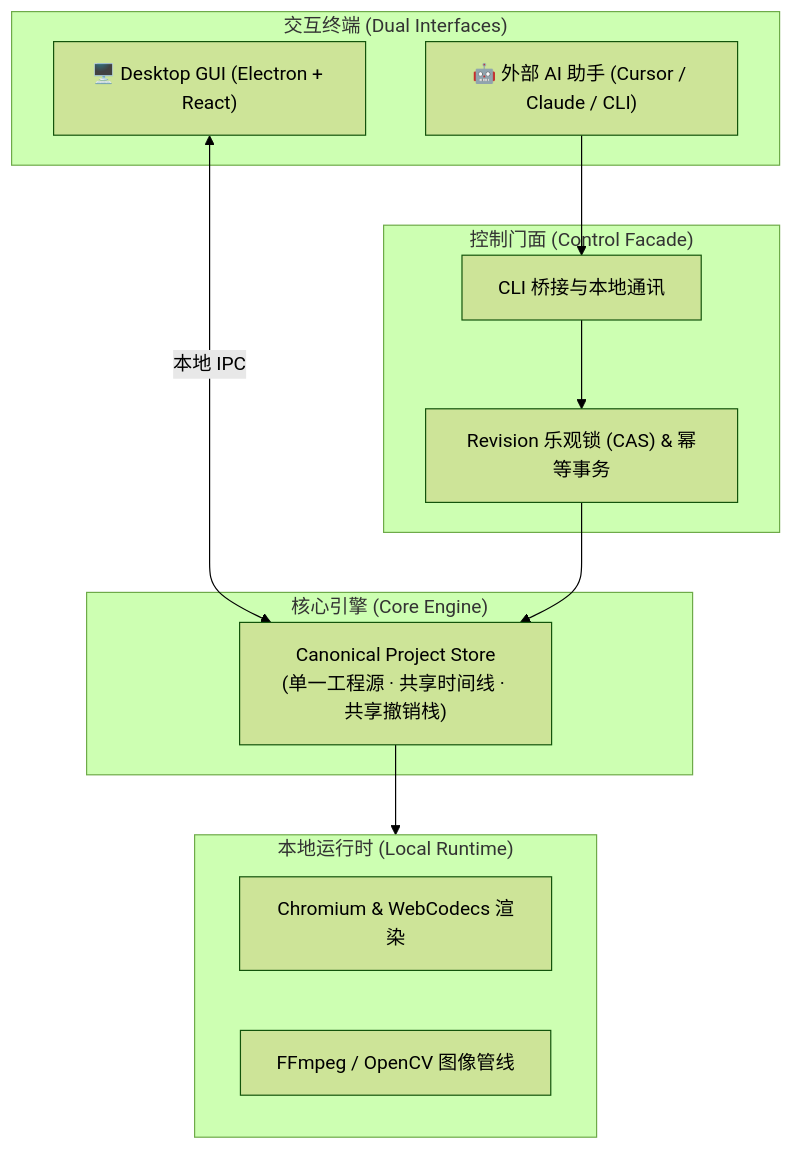
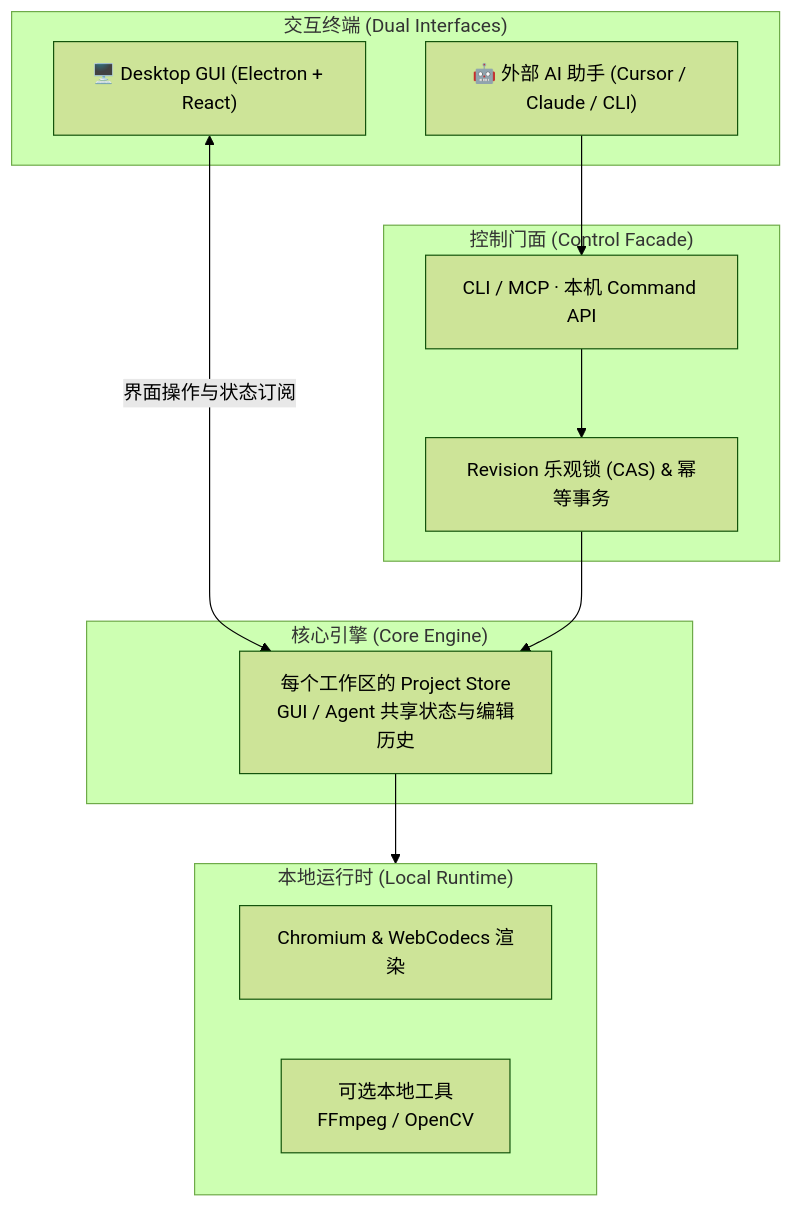
Before and after one commit to yuchen-ya/reelterminal: the second of 2 diagrams in README.md, drawn with Mermaid (forest theme). The commit also changed other lines of this file and 1 other file, not shown here.

````diff
--- a/README.md
+++ b/README.md
@@ -94,25 +101,25 @@
 ```mermaid
 flowchart TD
     subgraph Clients [" 交互终端 (Dual Interfaces) "]
         GUI["🖥️ Desktop GUI (Electron + React)"]
         Agent["🤖 外部 AI 助手 (Cursor / Claude / CLI)"]
     end
 
     subgraph Facade [" 控制门面 (Control Facade) "]
-        Bridge["CLI 桥接与本地通讯"]
+        Bridge["CLI / MCP · 本机 Command API"]
         Guard["Revision 乐观锁 (CAS) & 幂等事务"]
     end
 
     subgraph Core [" 核心引擎 (Core Engine) "]
-        Store["Canonical Project Store<br>(单一工程源 · 共享时间线 · 共享撤销栈)"]
+        Store["每个工作区的 Project Store<br>GUI / Agent 共享状态与编辑历史"]
     end
 
     subgraph Runtime [" 本地运行时 (Local Runtime) "]
         Render["Chromium & WebCodecs 渲染"]
-        Tools["FFmpeg / OpenCV 图像管线"]
+        Tools["可选本地工具<br>FFmpeg / OpenCV"]
     end
 
-    GUI <-->|"本地 IPC"| Store
+    GUI <-->|"界面操作与状态订阅"| Store
     Agent --> Bridge --> Guard --> Store
     Store --> Runtime
 ```
````
